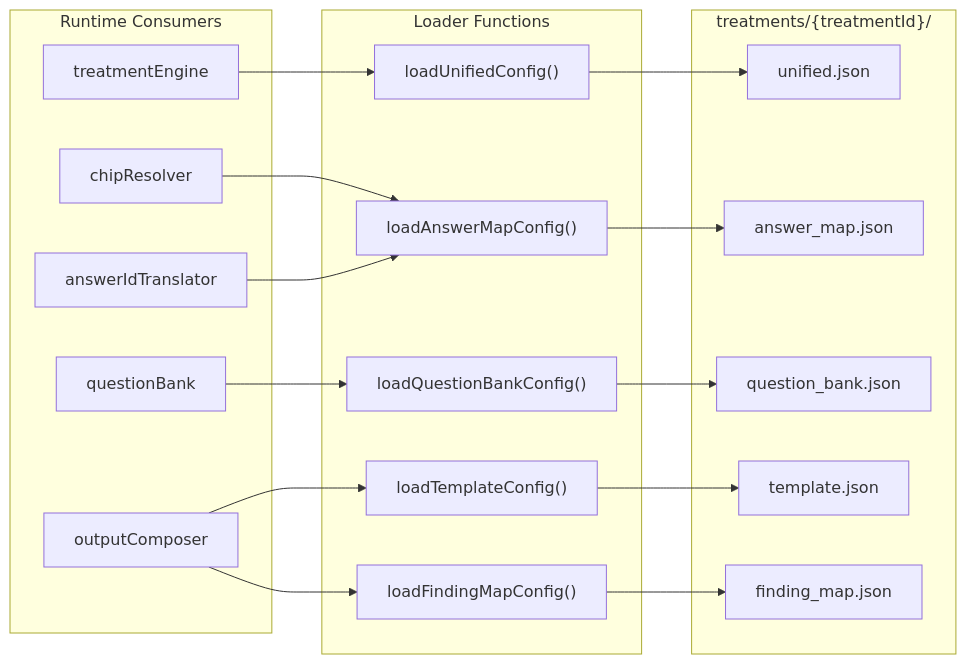
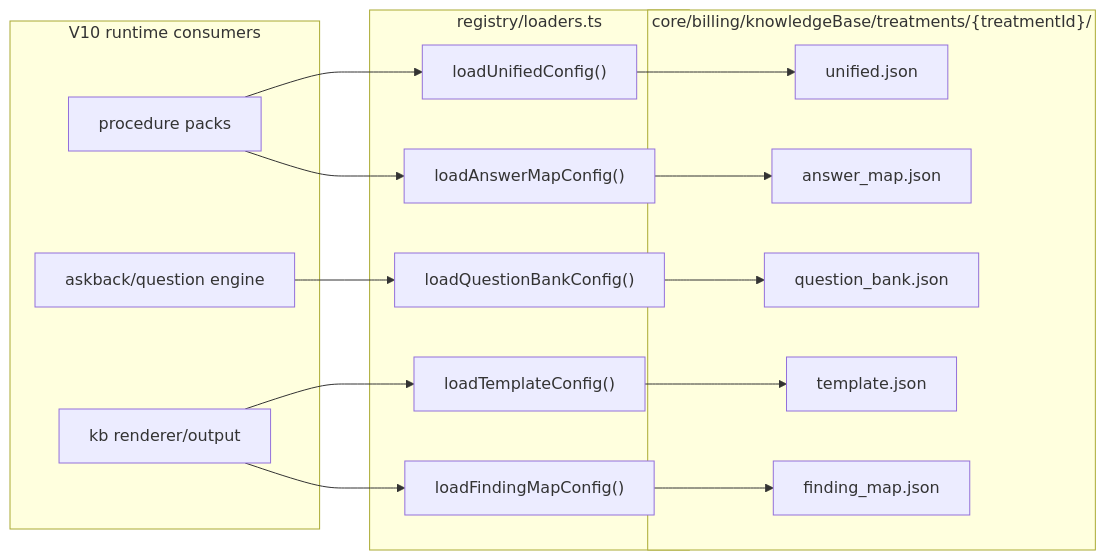
Before and after one commit to dcdelius/zahnarzt-docs-v2: the second of 3 diagrams in src/docudent/ARCHITECTURE.md, drawn with Mermaid. The commit also changed other lines of this file and 465 other files, not shown here.

Commit message:
feat(v10): ship llm-first hardening, top20 treatment architecture, and hosted readiness

````diff
--- a/src/docudent/ARCHITECTURE.md
+++ b/src/docudent/ARCHITECTURE.md
@@ -55,26 +54,24 @@
 ```mermaid
 graph LR
-    subgraph SSOT["treatments/{treatmentId}/"]
+    subgraph SSOT["core/billing/knowledgeBase/treatments/{treatmentId}/"]
         U["unified.json"]
         A["answer_map.json"]
         Q["question_bank.json"]
         T["template.json"]
         F["finding_map.json"]
     end
 
-    subgraph Loaders["Loader Functions"]
+    subgraph Loaders["registry/loaders.ts"]
         LU["loadUnifiedConfig()"] --> U
         LA["loadAnswerMapConfig()"] --> A
         LQ["loadQuestionBankConfig()"] --> Q
         LT["loadTemplateConfig()"] --> T
         LF["loadFindingMapConfig()"] --> F
     end
 
-    subgraph Consumers["Runtime Consumers"]
-        TE["treatmentEngine"] --> LU
-        CR["chipResolver"] --> LA
-        AIT["answerIdTranslator"] --> LA
-        QB["questionBank"] --> LQ
-        OC["outputComposer"] --> LT & LF
+    subgraph Runtime["V10 runtime consumers"]
+        Packs["procedure packs"] --> LU & LA
+        Questions["askback/question engine"] --> LQ
+        Renderer["kb renderer/output"] --> LT & LF
     end
 ```
````
